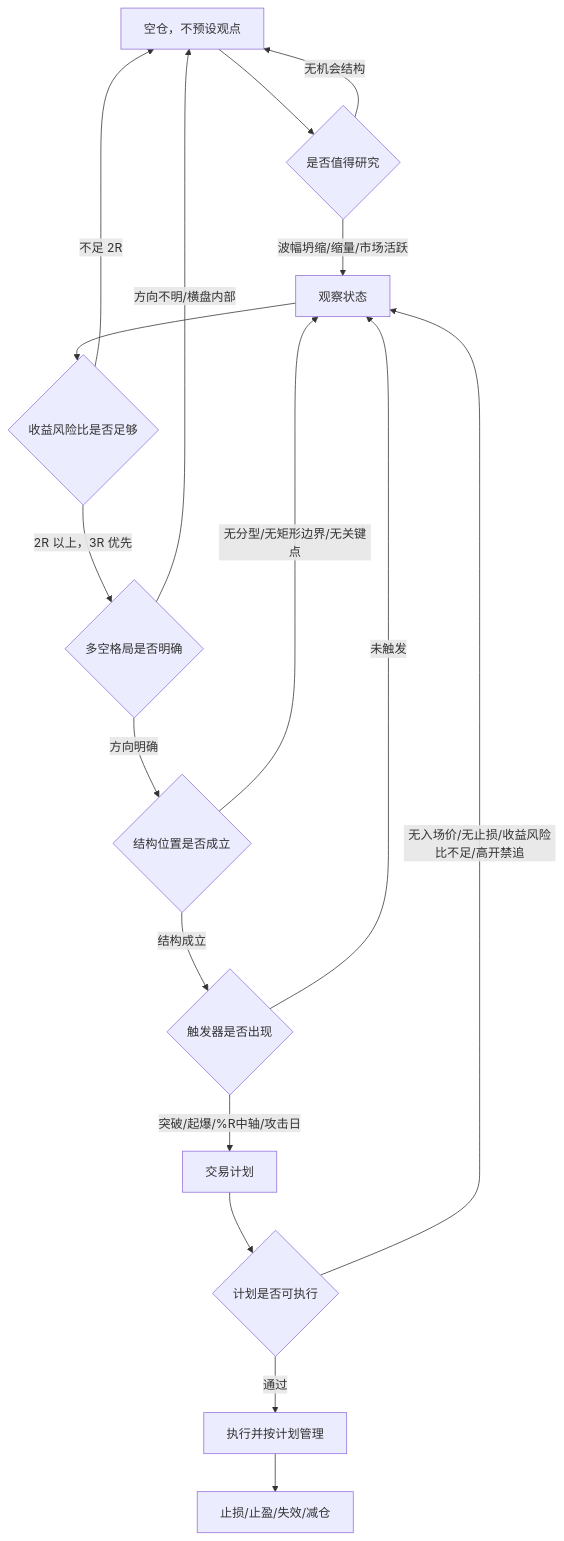
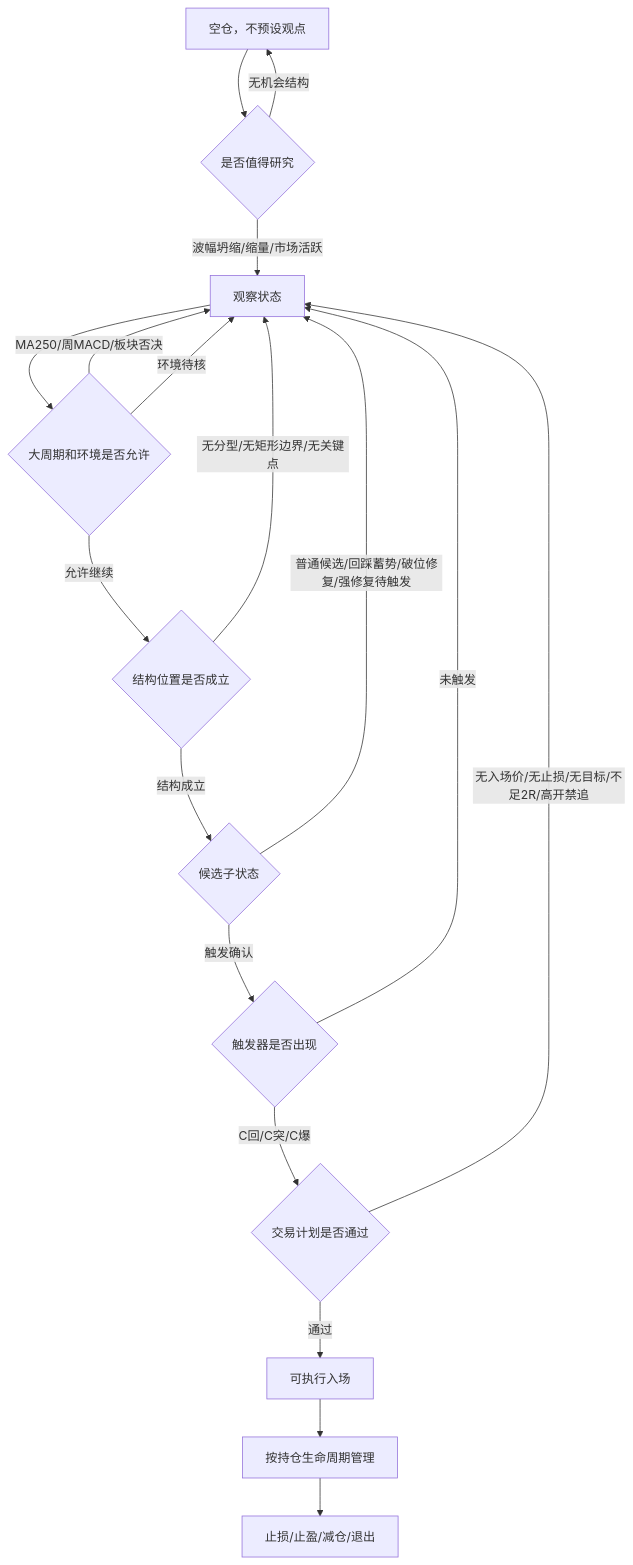
The diagram in docs/c-signal-v2-design.md (moyla-dva/stock), drawn with Mermaid before and after one commit. The commit also changed other lines of this file and 82 other files, not shown here.

````diff
--- a/docs/c-signal-v2-design.md
+++ b/docs/c-signal-v2-design.md
@@ -31,24 +31,24 @@
 ```mermaid
 flowchart TD
     A[空仓，不预设观点] --> B{是否值得研究}
     B -->|波幅坍缩/缩量/市场活跃| C[观察状态]
     B -->|无机会结构| A
 
-    C --> D{收益风险比是否足够}
-    D -->|不足 2R| A
-    D -->|2R 以上，3R 优先| E{多空格局是否明确}
+    C --> D{大周期和环境是否允许}
+    D -->|MA250/周MACD/板块否决| C
+    D -->|环境待核| C
+    D -->|允许继续| E{结构位置是否成立}
 
-    E -->|方向不明/横盘内部| A
-    E -->|方向明确| F{结构位置是否成立}
+    E -->|无分型/无矩形边界/无关键点| C
+    E -->|结构成立| E1{候选子状态}
+    E1 -->|普通候选/回踩蓄势/破位修复/强修复待触发| C
+    E1 -->|触发确认| F{触发器是否出现}
 
-    F -->|无分型/无矩形边界/无关键点| C
-    F -->|结构成立| G{触发器是否出现}
+    F -->|未触发| C
+    F -->|C回/C突/C爆| G{交易计划是否通过}
 
-    G -->|未触发| C
-    G -->|突破/起爆/%R中轴/攻击日| H[交易计划]
-
-    H --> I{计划是否可执行}
-    I -->|无入场价/无止损/收益风险比不足/高开禁追| C
-    I -->|通过| J[执行并按计划管理]
-    J --> K[止损/止盈/失效/减仓]
+    G -->|无入场价/无止损/无目标/不足2R/高开禁追| C
+    G -->|通过| H[可执行入场]
+    H --> I[按持仓生命周期管理]
+    I --> J[止损/止盈/减仓/退出]
 ```
````
